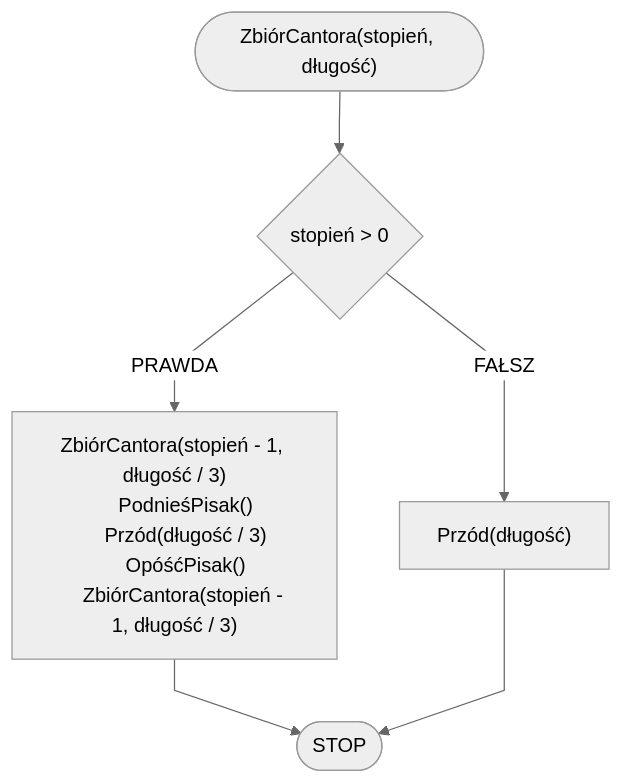
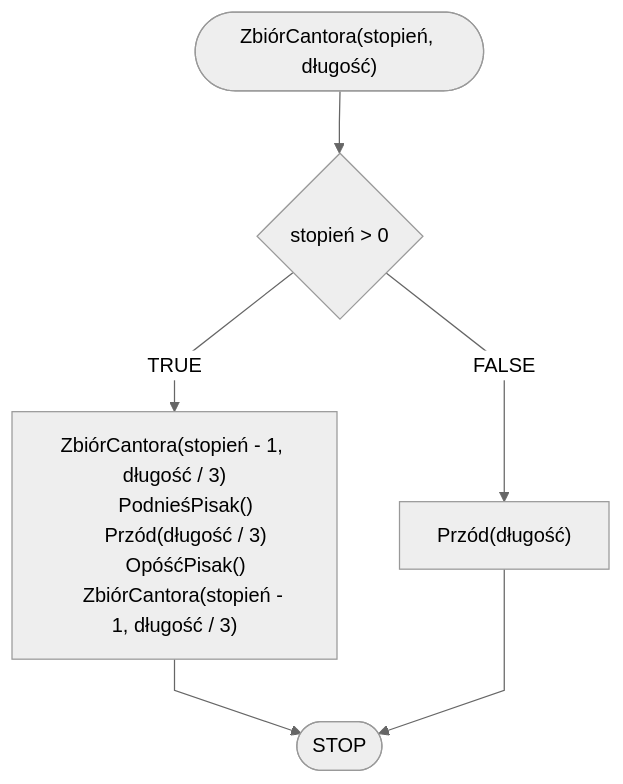
One commit to blackbat13/edu-cs-htiew-en changed the diagram in docs/algorithms/fractals/cantor-dust.md. Above: the diagram before and after it, drawn with Mermaid. The commit also changed other lines of this file and 682 other files, not shown here.

````diff
--- a/docs/algorithms/fractals/cantor-dust.md
+++ b/docs/algorithms/fractals/cantor-dust.md
@@ -30,13 +30,13 @@
 ```mermaid
 %%{init: {"flowchart": {"curve": "linear"}, "theme": "neutral"} }%%
 flowchart TD
 	START(["ZbiórCantora(stopień, długość)"]) --> K1{stopień > 0}
-    K1 -- PRAWDA --> K2["ZbiórCantora(stopień - 1, długość / 3)
+    K1 -- TRUE --> K2["ZbiórCantora(stopień - 1, długość / 3)
     PodnieśPisak()
     Przód(długość / 3)
     OpóśćPisak()
     ZbiórCantora(stopień - 1, długość / 3)"]
-    K1 -- FAŁSZ --> K8["Przód(długość)"]
+    K1 -- FALSE --> K8["Przód(długość)"]
     K2 --> STOP([STOP])
     K8 --> STOP
 ```
````
